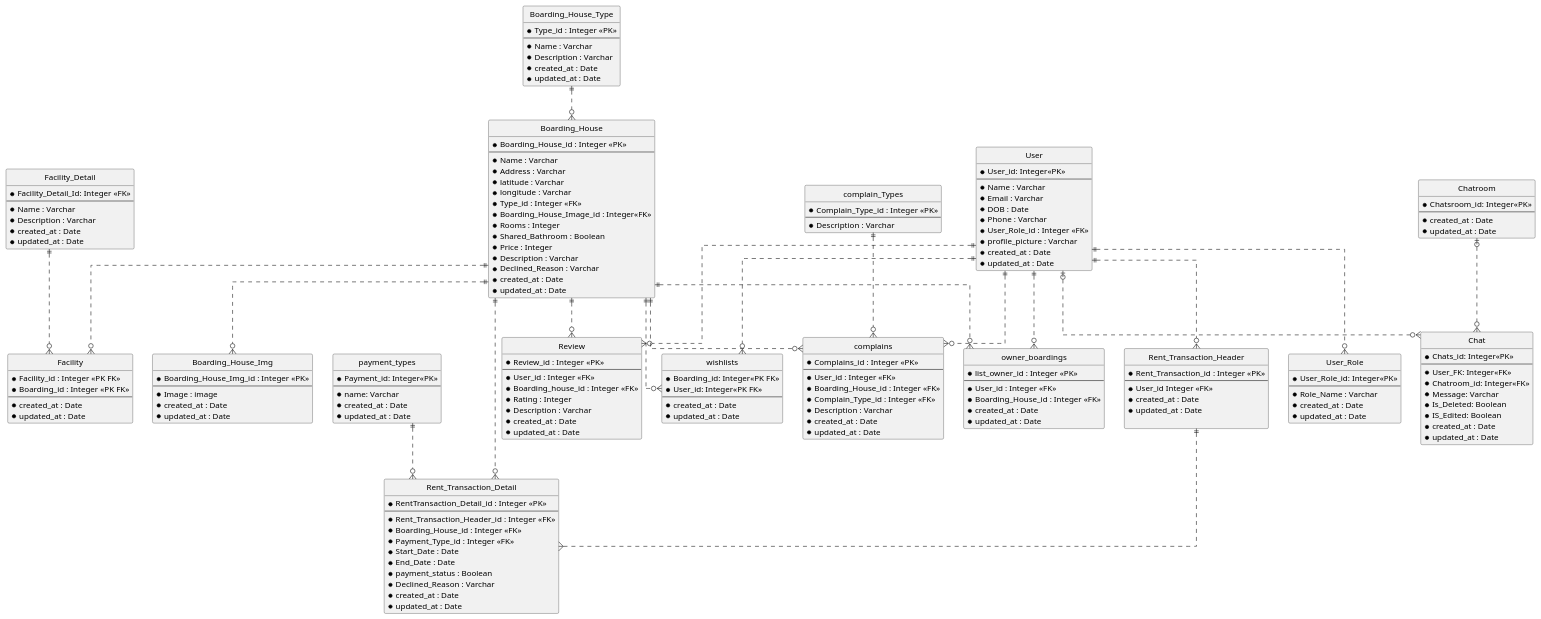
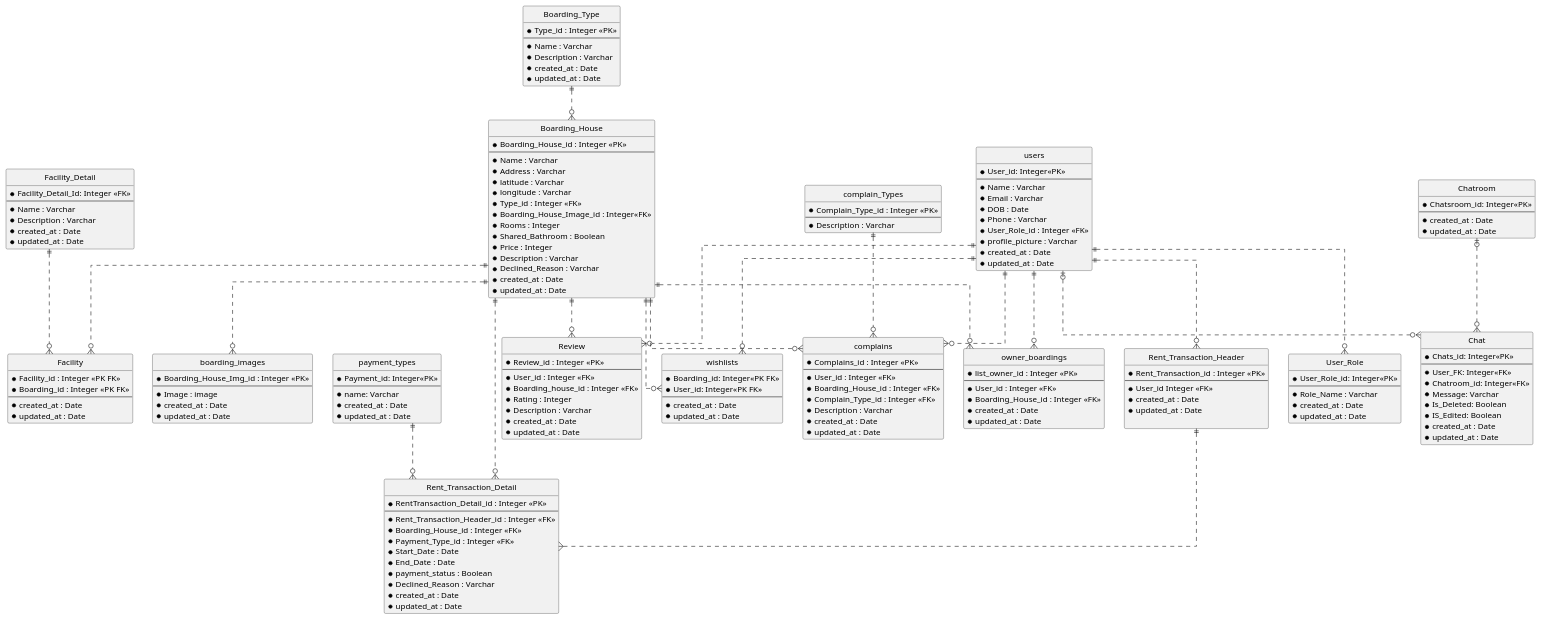
Before and after one commit to AntWort21/BHFMS: the diagram in Design/BHFMS_ERD.puml, drawn with PlantUML. The commit also changed 27 other files, not shown here.

```diff
--- a/Design/BHFMS_ERD.puml
+++ b/Design/BHFMS_ERD.puml
@@ -5,7 +5,7 @@
 ' avoid problems with angled crows feet
 skinparam linetype ortho
 
-entity "User" as usr {
+entity "users" as usr {
   *User_id: Integer<<PK>>
   --
   *Name : Varchar
@@ -26,7 +26,7 @@
   *updated_at : Date
 }
 
-entity "Boarding_House_Type" as bht {
+entity "Boarding_Type" as bht {
   *Type_id : Integer <<PK>>
   --
   *Name : Varchar
@@ -70,7 +70,7 @@
   *updated_at : Date
 }
 
-entity "Boarding_House_Img" as bhi {
+entity "boarding_images" as bhi {
   *Boarding_House_Img_id : Integer <<PK>>
   --
   *Image : image
```
